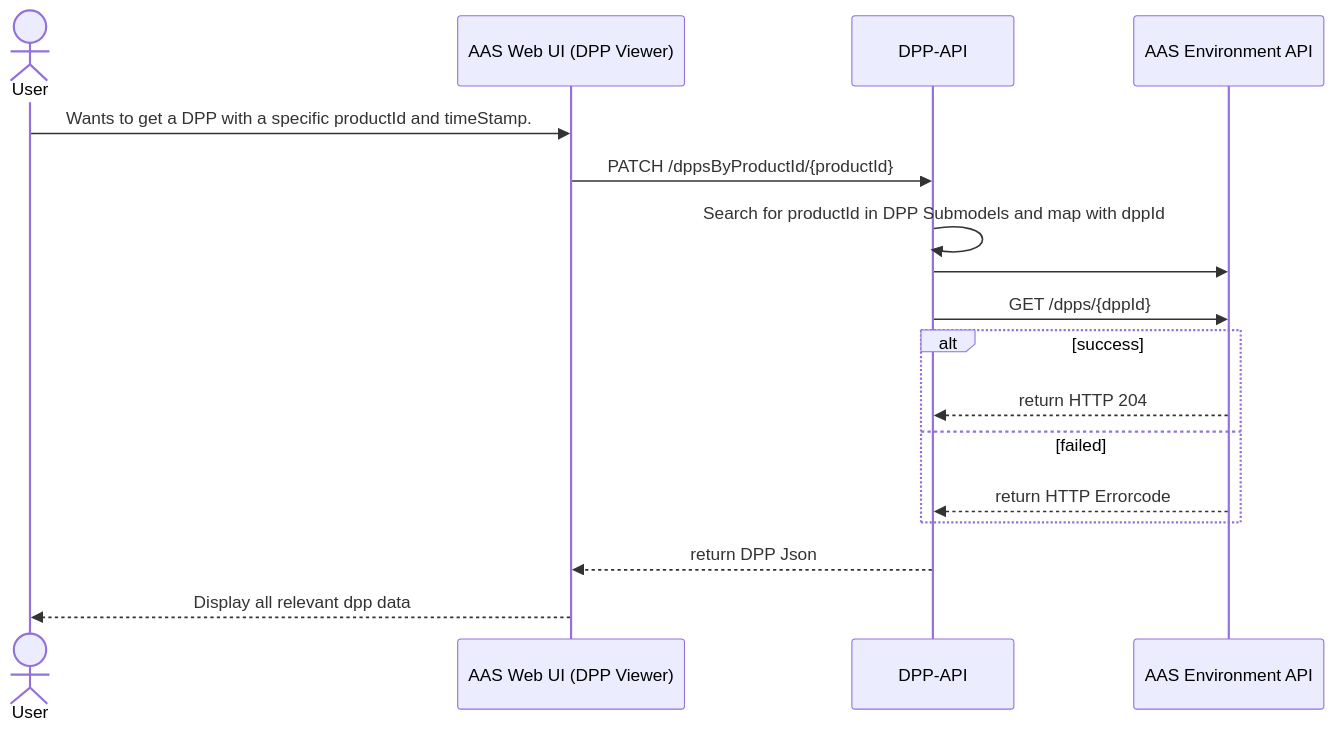
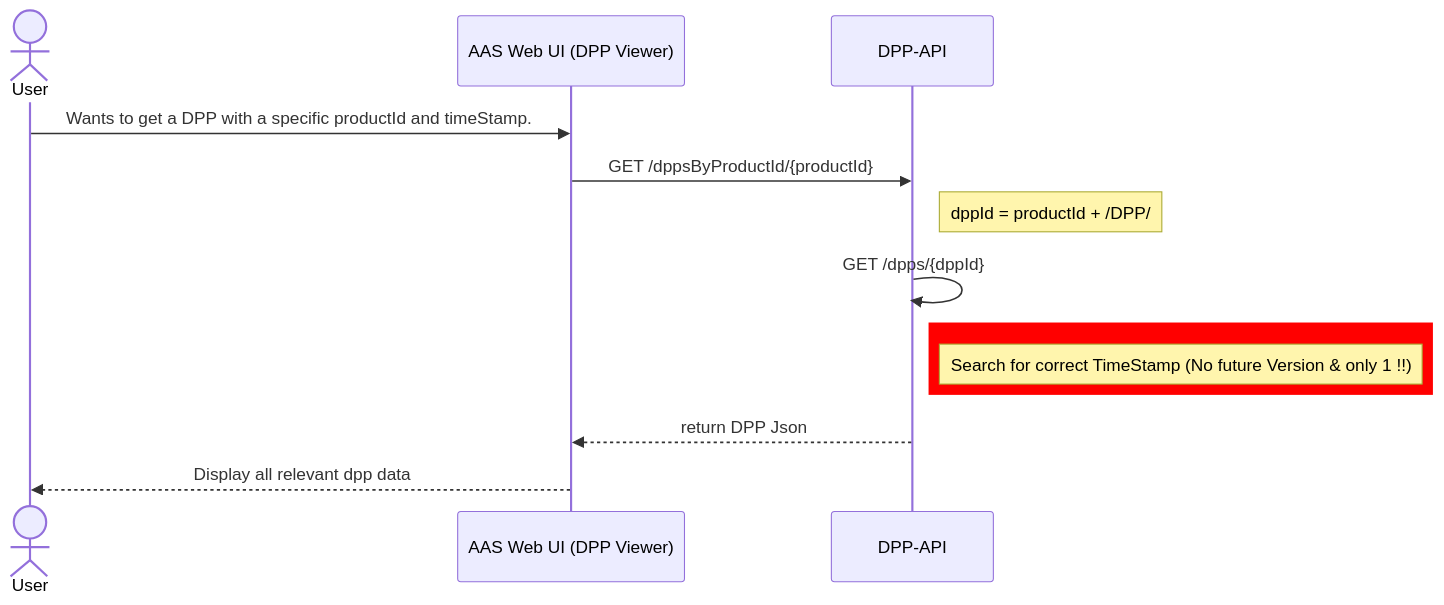
One commit to DHBW-TINF24F/Team6-BaSyx-DPP-API changed the sixth of 10 diagrams in PROJECT/SAS/mapping.md. Above: the diagram before and after it, drawn with Mermaid. The commit also changed other lines of this file and 1 other file, not shown here.

````diff
--- a/PROJECT/SAS/mapping.md
+++ b/PROJECT/SAS/mapping.md
@@ -232,24 +223,18 @@
 ```mermaid
 %%Mit Rentschler besprechen
 sequenceDiagram
   actor User
   participant Web as AAS Web UI (DPP Viewer)
   participant API as DPP-API
-  participant Env as AAS Environment API
 
   User->>Web: Wants to get a DPP with a specific productId and timeStamp.
-  Web->>API: PATCH /dppsByProductId/{productId}
-  API->>API: Search for productId in DPP Submodels and map with dppId
-  API->>Env:
-  API->>Env: GET /dpps/{dppId}
-  
-  alt success
-    Env-->>API: return HTTP 204
-  else failed
-    Env-->>API: return HTTP Errorcode
+  Web->>API: GET /dppsByProductId/{productId}
+  Note right of API: dppId = productId + /DPP/
+  API->>API: GET /dpps/{dppId}
+  rect red
+    Note right of API: Search for correct TimeStamp (No future Version & only 1 !!)
   end
-  
+
   API-->>Web: return DPP Json
   Web-->>User: Display all relevant dpp data
-
 ```
````
